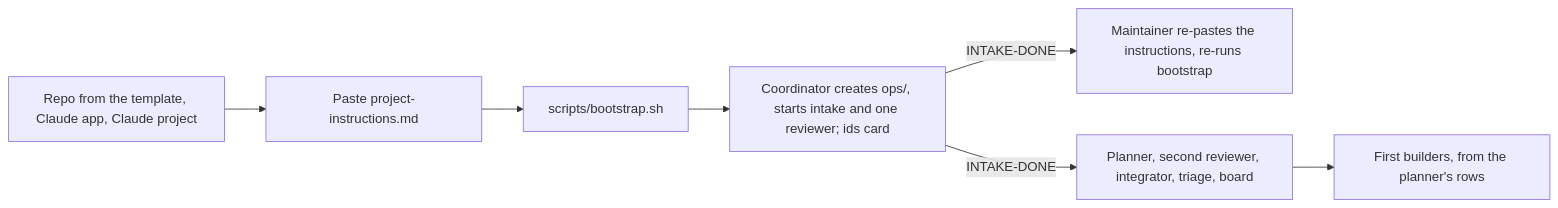
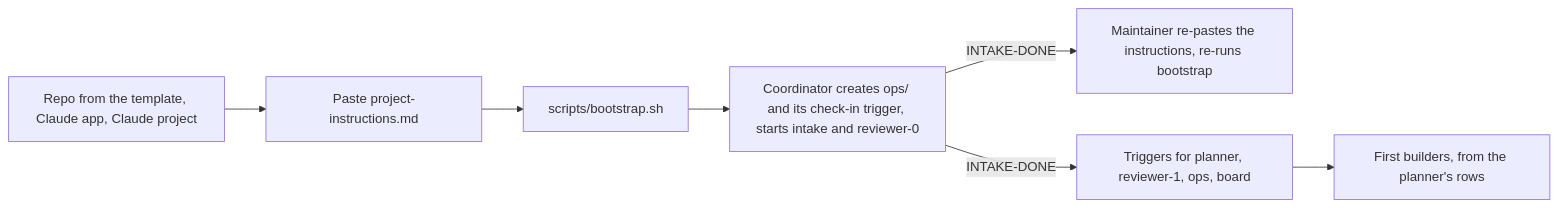
The first of 2 diagrams in docs/agents/README.md (jeffmhopkins/template), drawn with Mermaid before and after one commit. The commit also changed other lines of this file and 25 other files, not shown here.

First line of the commit message:
docs(agents): run the swarm on triggers, one ops role, state from GitHub

````diff
--- a/docs/agents/README.md
+++ b/docs/agents/README.md
@@ -55,9 +55,9 @@
 ```mermaid
 flowchart LR
     A["Repo from the template, Claude app, Claude project"] --> C["Paste project-instructions.md"]
     C --> B["scripts/bootstrap.sh"]
-    B --> D["Coordinator creates ops/, starts intake and one reviewer; ids card"]
+    B --> D["Coordinator creates ops/ and its check-in trigger, starts intake and reviewer-0"]
     D -->|INTAKE-DONE| G["Maintainer re-pastes the instructions, re-runs bootstrap"]
-    D -->|INTAKE-DONE| E["Planner, second reviewer, integrator, triage, board"]
+    D -->|INTAKE-DONE| E["Triggers for planner, reviewer-1, ops, board"]
     E --> F["First builders, from the planner's rows"]
 ```
````
